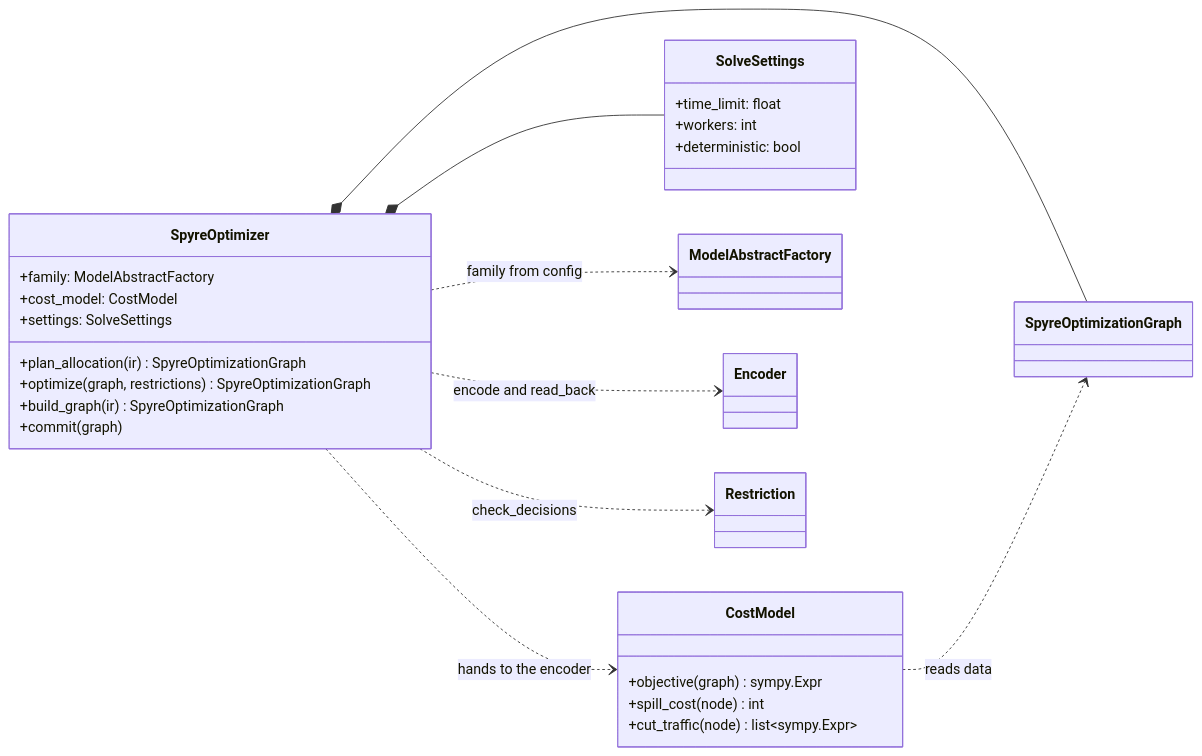
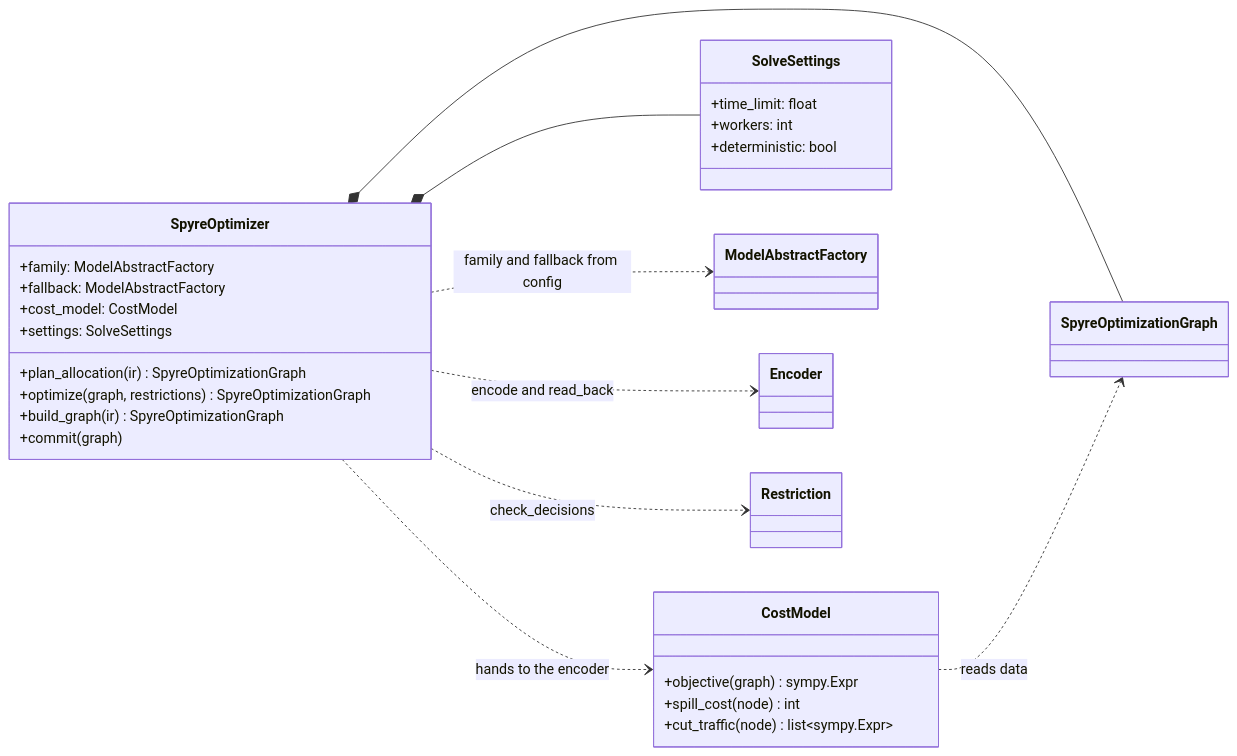
One commit to spectre-ns/spyre-roadmap changed the first of 5 diagrams in plans/lx-allocator.md. Above: the diagram before and after it, drawn with Mermaid. The commit also changed other lines of this file, not shown here.

First line of the commit message:
Add the SA family with its own anneal model to the LX allocator plan

````diff
--- a/plans/lx-allocator.md
+++ b/plans/lx-allocator.md
@@ -52,36 +52,37 @@
 ```mermaid
 classDiagram
     direction LR
 
     class SpyreOptimizer {
         +family: ModelAbstractFactory
+        +fallback: ModelAbstractFactory
         +cost_model: CostModel
         +settings: SolveSettings
         +plan_allocation(ir) SpyreOptimizationGraph
         +optimize(graph, restrictions) SpyreOptimizationGraph
         +build_graph(ir) SpyreOptimizationGraph
         +commit(graph)
     }
     class CostModel {
         +objective(graph) sympy.Expr
         +spill_cost(node) int
         +cut_traffic(node) list~sympy.Expr~
     }
     class SolveSettings {
         +time_limit: float
         +workers: int
         +deterministic: bool
     }
     class SpyreOptimizationGraph
     class ModelAbstractFactory
     class Encoder
     class Restriction
 
     SpyreOptimizer *-- SpyreOptimizationGraph
     SpyreOptimizer *-- SolveSettings
-    SpyreOptimizer ..> ModelAbstractFactory : family from config
+    SpyreOptimizer ..> ModelAbstractFactory : family and fallback from config
     SpyreOptimizer ..> CostModel : hands to the encoder
     SpyreOptimizer ..> Encoder : encode and read_back
     SpyreOptimizer ..> Restriction : check_decisions
     CostModel ..> SpyreOptimizationGraph : reads data
 ```
````
